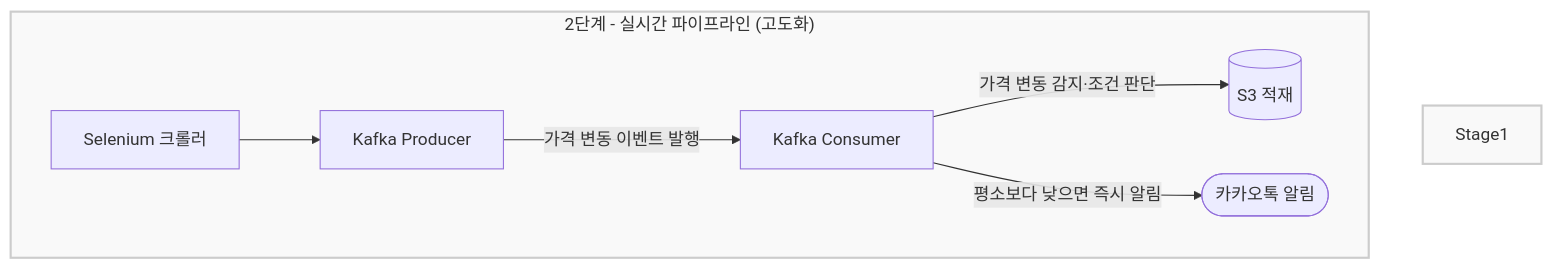
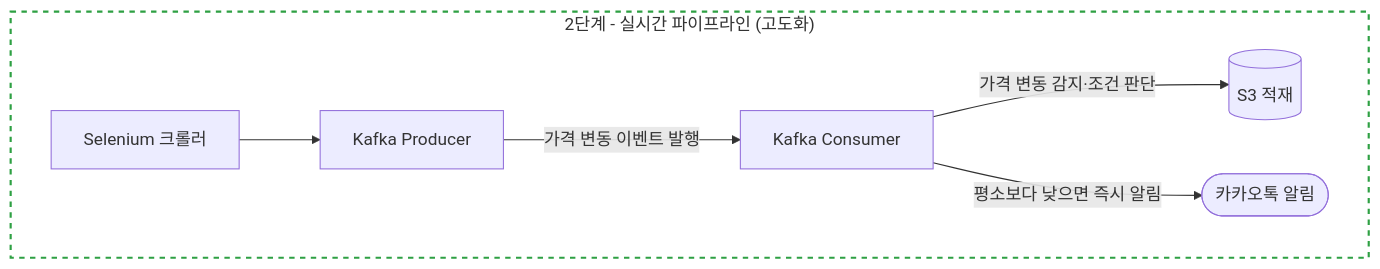
The second of 2 diagrams in README.md (hyochangsung/coupang-price-watch), drawn with Mermaid before and after one commit. The commit also changed other lines of this file, not shown here.

Commit message:
docs: README.md 다이어그램 색상 교체

````diff
--- a/README.md
+++ b/README.md
@@ -43,12 +44,11 @@
 ```mermaid
 flowchart TD
     subgraph Stage2 ["2단계 - 실시간 파이프라인 (고도화)"]
         G["Selenium 크롤러"] --> H["Kafka Producer"]
         H -->|가격 변동 이벤트 발행| I["Kafka Consumer"]
         I -->|가격 변동 감지·조건 판단| J[("S3 적재")]
         I -->|평소보다 낮으면 즉시 알림| K(["카카오톡 알림"])
     end
-    
-    style Stage1 fill:#f9f9f9,stroke:#ccc,stroke-width:2px
-    style Stage2 fill:#f9f9f9,stroke:#ccc,stroke-width:2px
+
+    style Stage2 fill:transparent,stroke:#2ea043,stroke-width:2px,stroke-dasharray: 5 5
 ```
````
